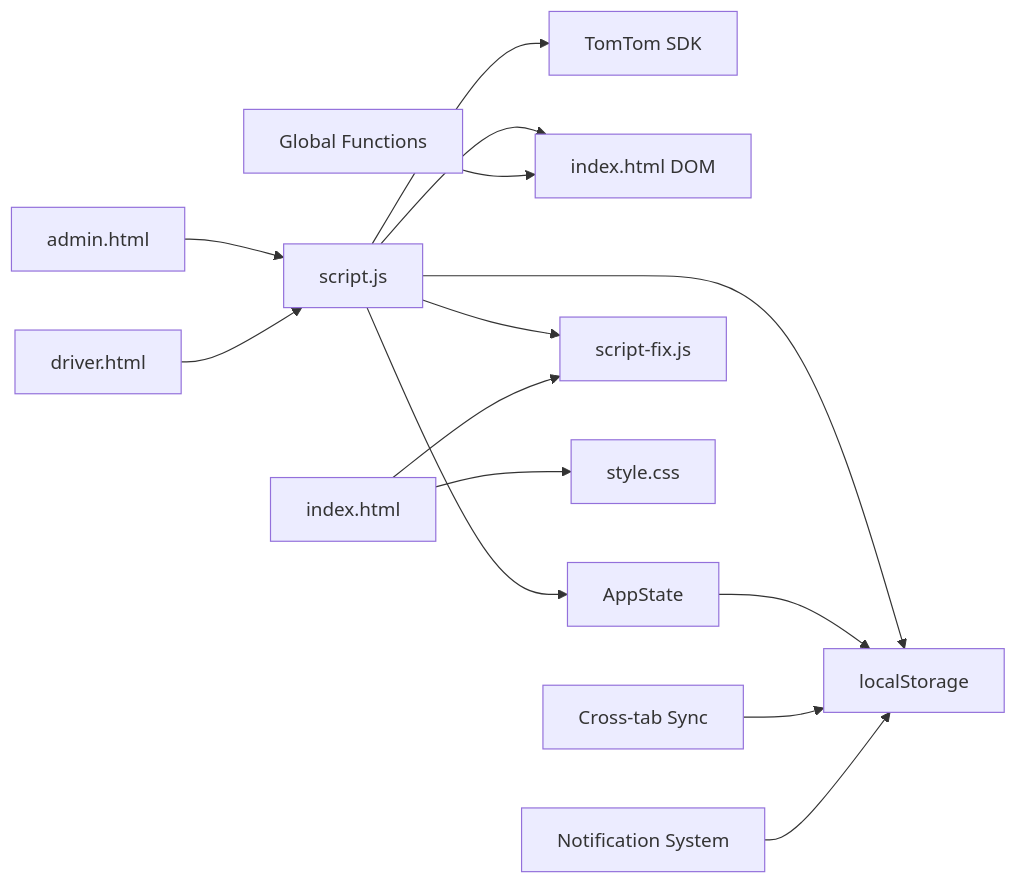
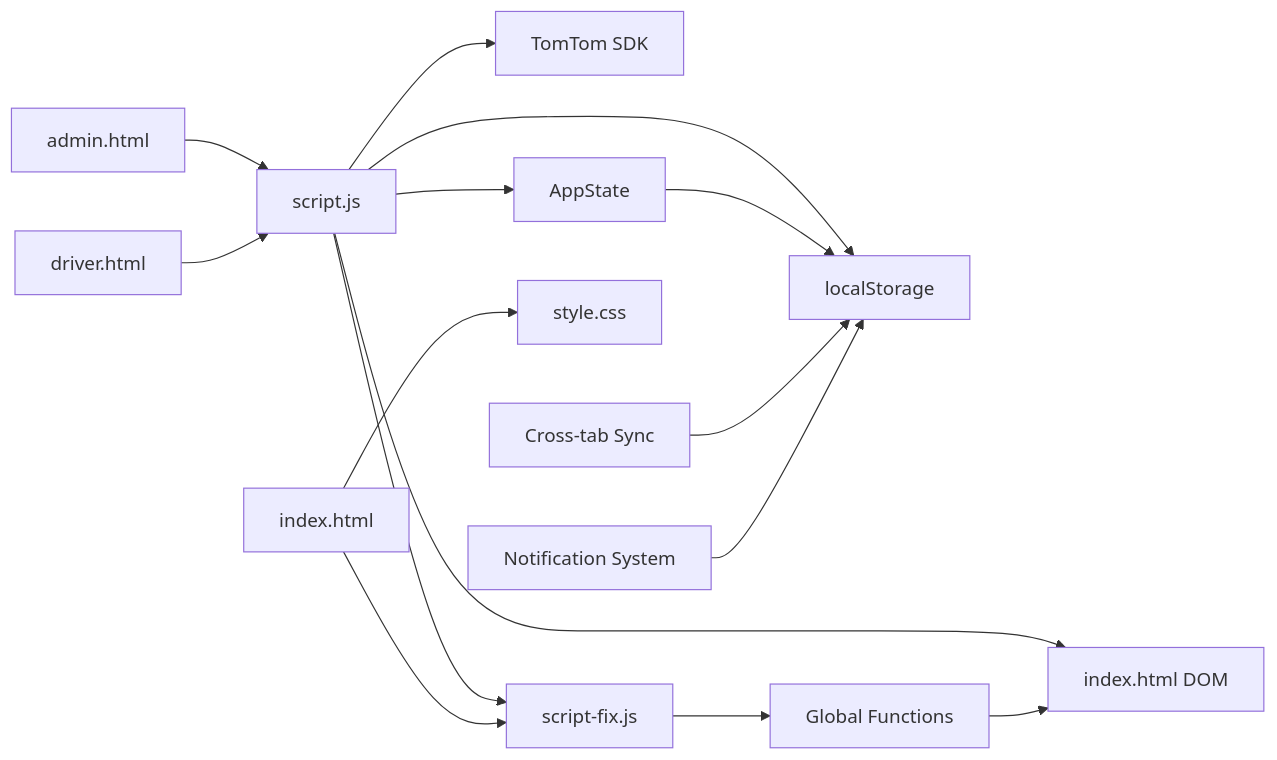
One commit to Rehanpatel3858/BusTrack-Pro changed the fifth of 5 diagrams in .qoder/repowiki/en/content/Fleet Management Features.md. Above: the diagram before and after it, drawn with Mermaid. The commit also changed other lines of this file and 4 other files, not shown here.

````diff
--- a/.qoder/repowiki/en/content/Fleet Management Features.md
+++ b/.qoder/repowiki/en/content/Fleet Management Features.md
@@ -713,16 +721,17 @@
 ```mermaid
 graph LR
 JS["script.js"] --> TT["TomTom SDK"]
 JS --> LS["localStorage"]
 JS --> DOM["index.html DOM"]
 JS --> AS["AppState"]
 JS --> SF["script-fix.js"]
 AS --> LS
 IDX["index.html"] --> CSS["style.css"]
 IDX --> SF
 ADM["admin.html"] --> JS
 DRV["driver.html"] --> JS
 CT["Cross-tab Sync"] --> LS
 NS["Notification System"] --> LS
 GF["Global Functions"] --> DOM
+SF --> GF
 ```
````
